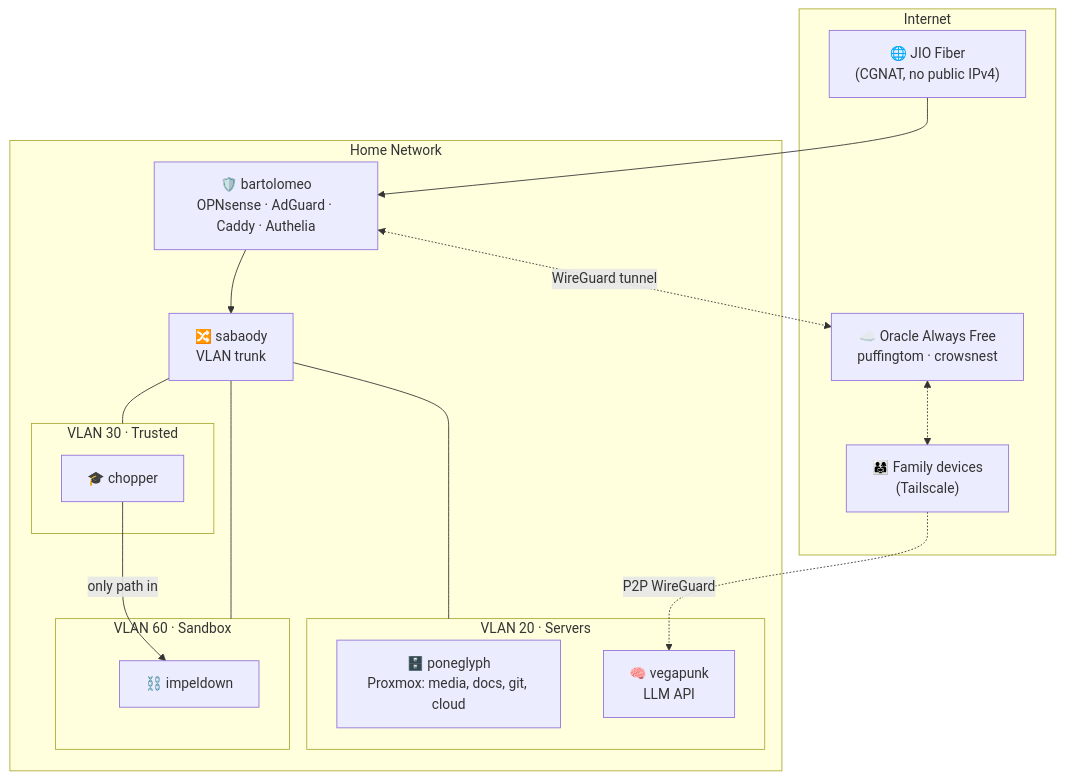
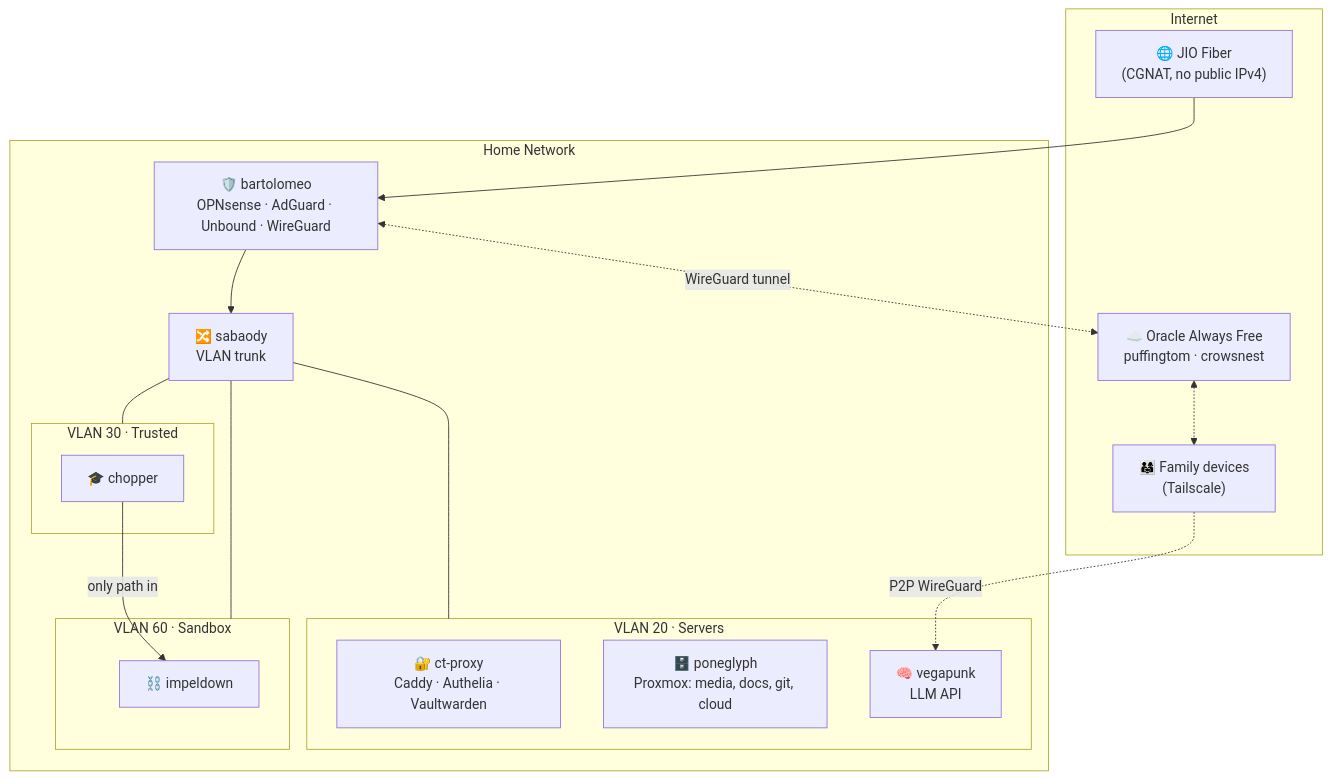
The diagram in README.md (reroute-retake/thousand-sunny), drawn with Mermaid before and after one commit. The commit also changed other lines of this file and 16 other files, not shown here.

````diff
--- a/README.md
+++ b/README.md
@@ -55,30 +55,31 @@
 ```mermaid
 flowchart TB
     subgraph INET [" Internet "]
         ISP["🌐 JIO Fiber<br/>(CGNAT, no public IPv4)"]
         OCI["☁️ Oracle Always Free<br/>puffingtom · crowsnest"]
         FAM["👨‍👩‍👧 Family devices<br/>(Tailscale)"]
     end
 
     subgraph HOME [" Home Network "]
-        BART["🛡️ bartolomeo<br/>OPNsense · AdGuard · Caddy · Authelia"]
+        BART["🛡️ bartolomeo<br/>OPNsense · AdGuard · Unbound · WireGuard"]
         SAB["🔀 sabaody<br/>VLAN trunk"]
         subgraph V20 [" VLAN 20 · Servers "]
+            PROXY["🔐 ct-proxy<br/>Caddy · Authelia · Vaultwarden"]
             PONE["🗄️ poneglyph<br/>Proxmox: media, docs, git, cloud"]
             VEGA["🧠 vegapunk<br/>LLM API"]
         end
         subgraph V30 [" VLAN 30 · Trusted "]
             CHOP["🎓 chopper"]
         end
         subgraph V60 [" VLAN 60 · Sandbox "]
             IMPEL["⛓️ impeldown"]
         end
     end
 
     ISP --> BART --> SAB
     SAB --- V20 & V30 & V60
     BART <-. WireGuard tunnel .-> OCI
     OCI <-.-> FAM
     FAM -. P2P WireGuard .-> VEGA
     CHOP -->|only path in| IMPEL
 ```
````
